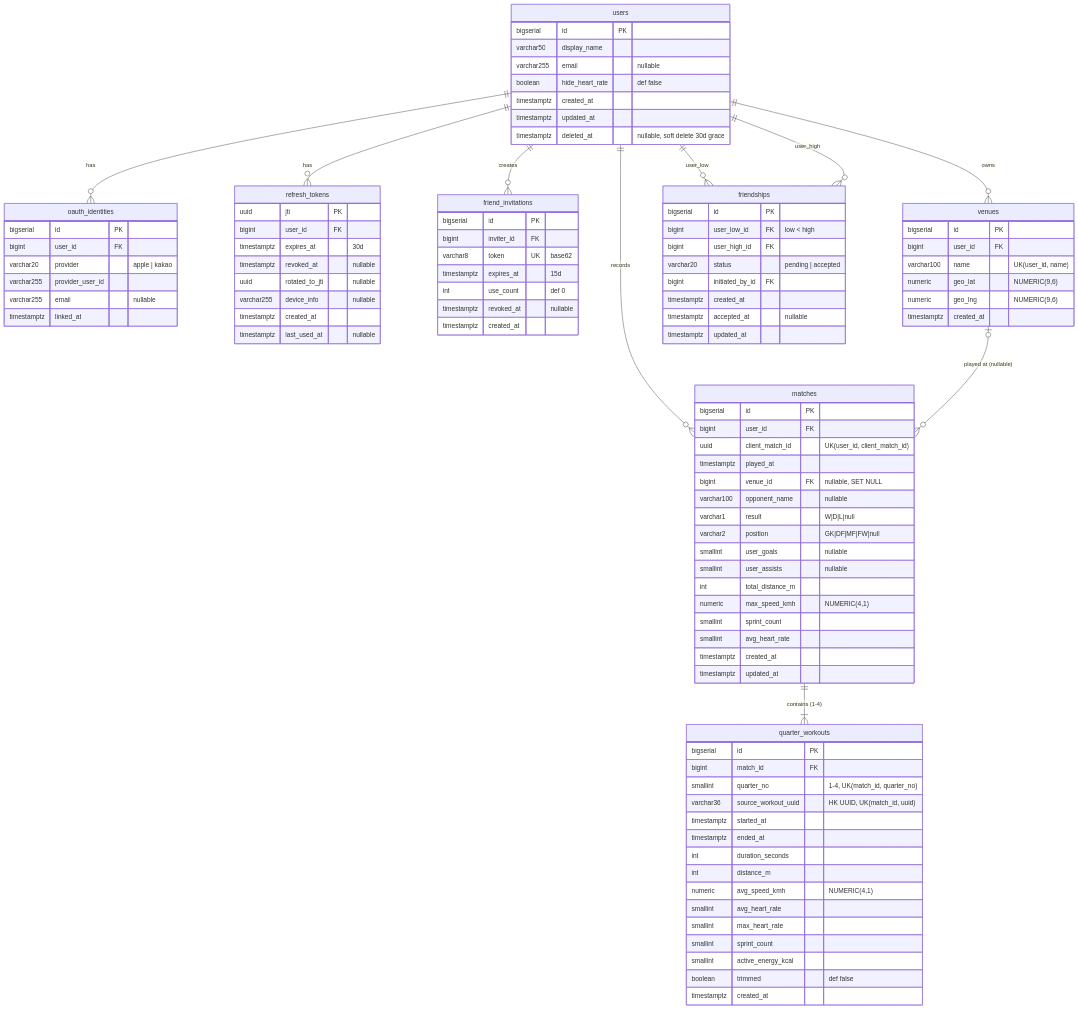
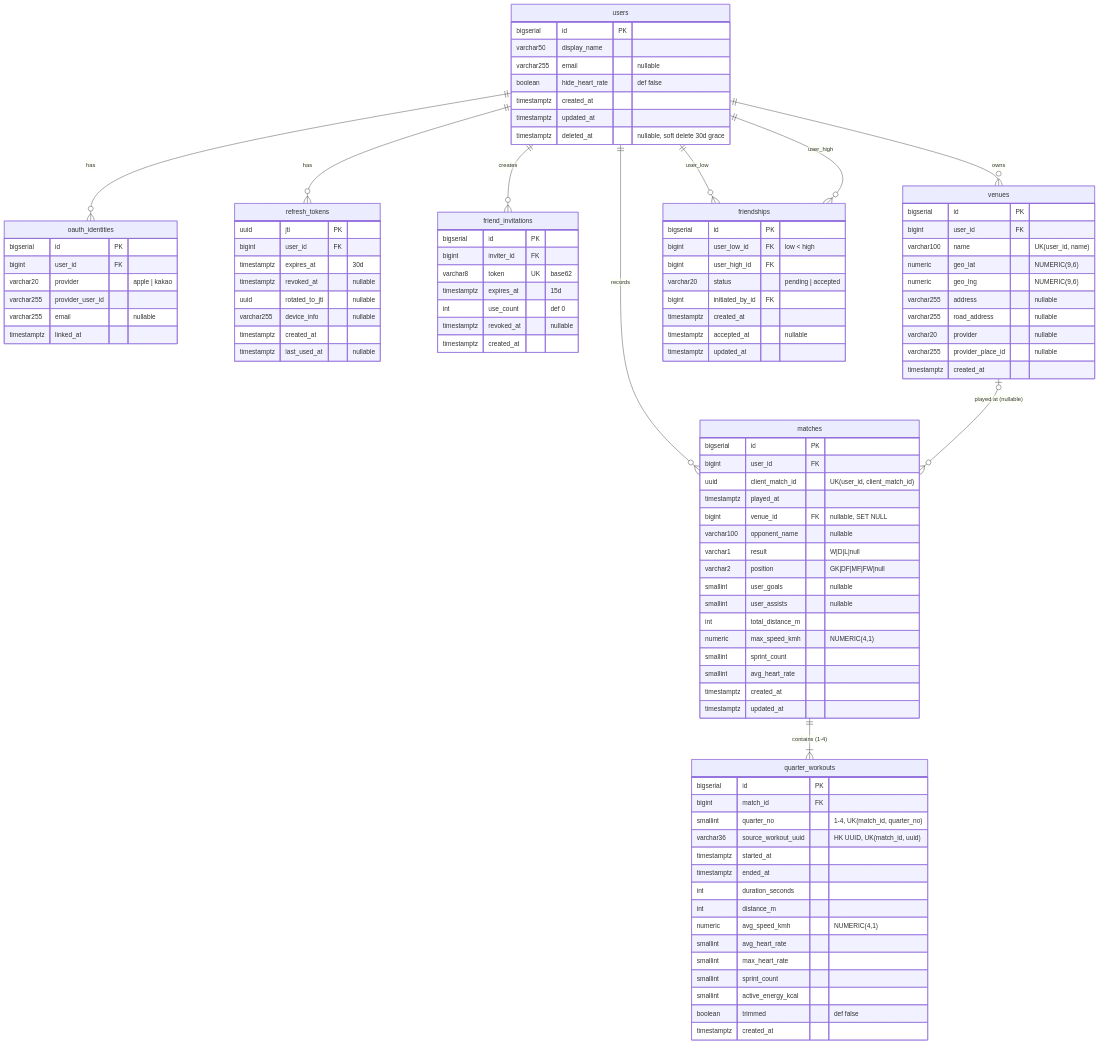
One commit to opixxx/kicklog changed the first of 5 diagrams in docs/spec/diagram.md. Above: the diagram before and after it, drawn with Mermaid. The commit also changed 15 other files, not shown here.

```diff
--- a/docs/spec/diagram.md
+++ b/docs/spec/diagram.md
@@ -81,6 +81,10 @@
         varchar100  name "UK(user_id, name)"
         numeric     geo_lat "NUMERIC(9,6)"
         numeric     geo_lng "NUMERIC(9,6)"
+        varchar255  address "nullable"
+        varchar255  road_address "nullable"
+        varchar20   provider "nullable"
+        varchar255  provider_place_id "nullable"
         timestamptz created_at
     }
 
```
